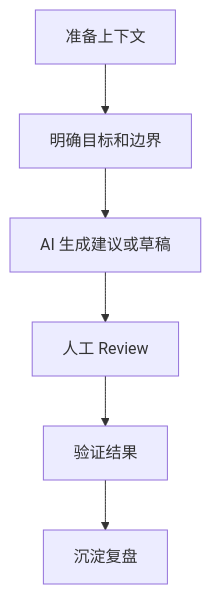
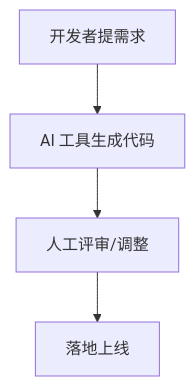
Before and after one commit to fernayanascual726-rgb/ai-dev-experience-lab: the diagram in templates/workflow-template.md, drawn with Mermaid. The commit also changed other lines of this file and 4 other files, not shown here.

First line of the commit message:
feat: unify template comments, add Mermaid example, standardize placeholders

````diff
--- a/templates/workflow-template.md
+++ b/templates/workflow-template.md
@@ -25,8 +33,6 @@
 ```mermaid
-flowchart TD
-    A[准备上下文] --> B[明确目标和边界]
-    B --> C[AI 生成建议或草稿]
-    C --> D[人工 Review]
-    D --> E[验证结果]
-    E --> F[沉淀复盘]
+graph TD
+  A[开发者提需求] --> B[AI 工具生成代码]
+  B --> C[人工评审/调整]
+  C --> D[落地上线]
 ```
````
